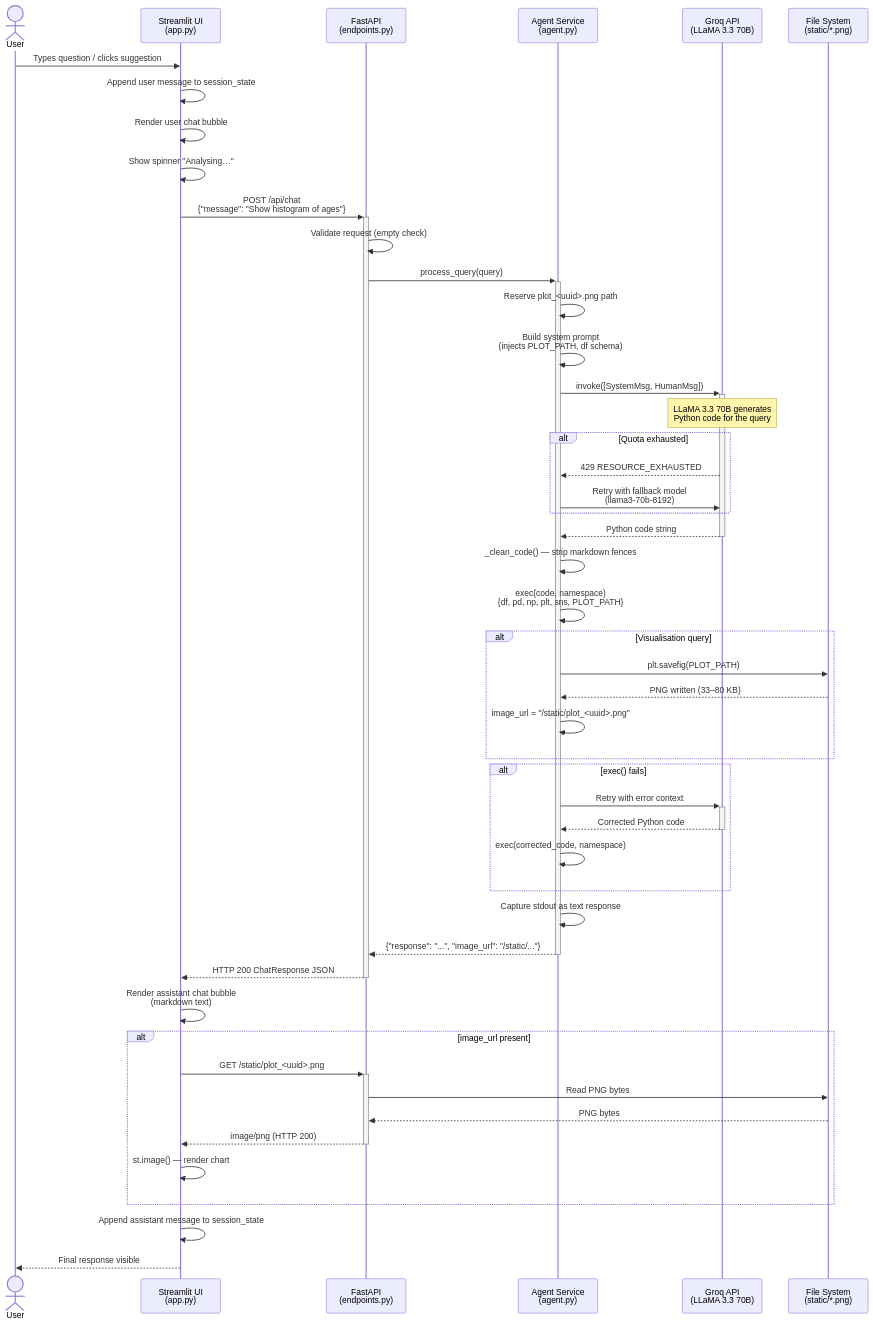
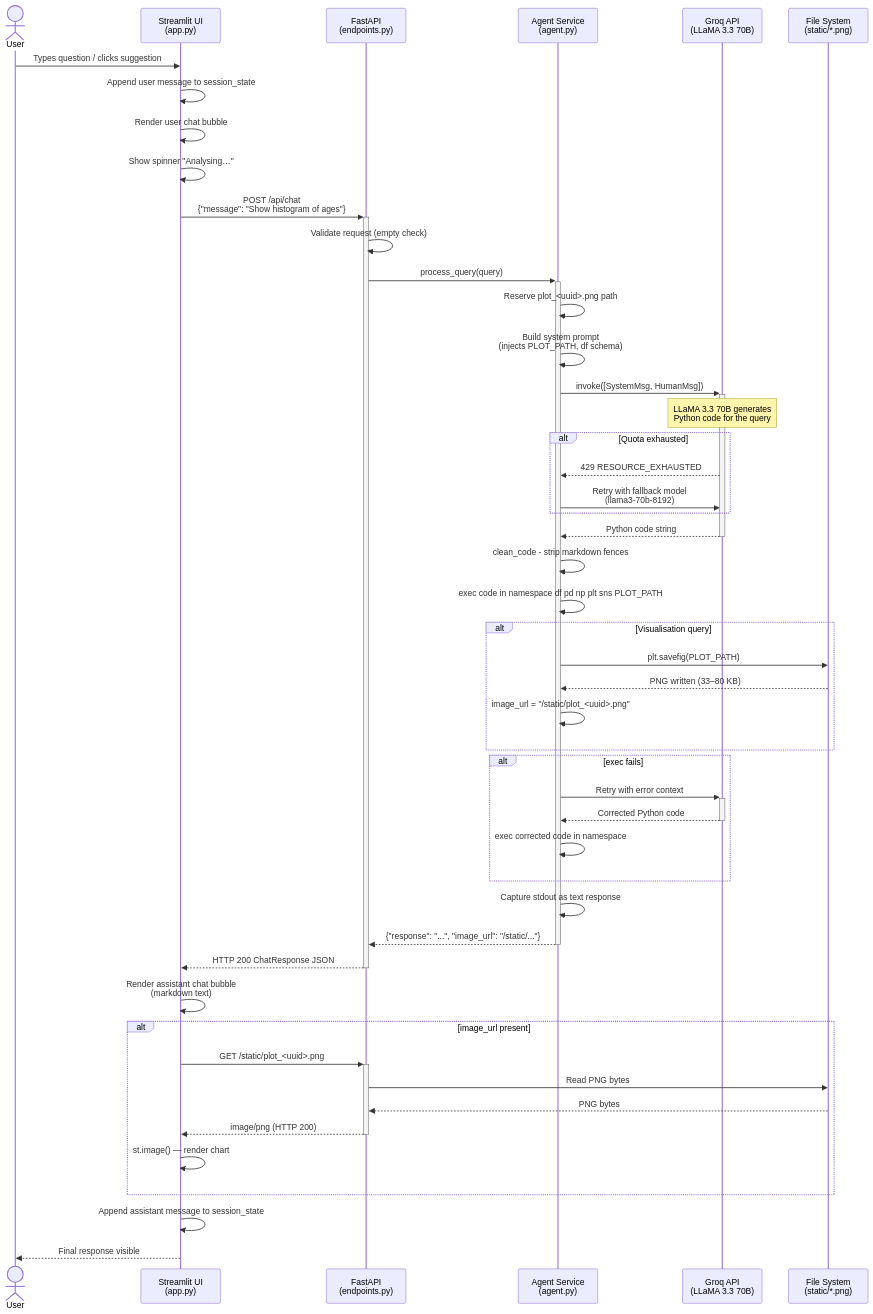
One commit to PAMIDIROHIT/Tailortalk changed the second of 5 diagrams in README.md. Above: the diagram before and after it, drawn with Mermaid. The commit also changed other lines of this file, not shown here.

Commit message:
fix: correct Mermaid parse errors in README diagrams

````diff
--- a/README.md
+++ b/README.md
@@ -110,63 +110,63 @@
 ```mermaid
 sequenceDiagram
     actor User
     participant ST as Streamlit UI<br/>(app.py)
     participant API as FastAPI<br/>(endpoints.py)
     participant AGENT as Agent Service<br/>(agent.py)
     participant GROQ as Groq API<br/>(LLaMA 3.3 70B)
     participant FS as File System<br/>(static/*.png)
 
     User->>ST: Types question / clicks suggestion
     ST->>ST: Append user message to session_state
     ST->>ST: Render user chat bubble
     ST->>ST: Show spinner "Analysing…"
 
     ST->>+API: POST /api/chat<br/>{"message": "Show histogram of ages"}
     API->>API: Validate request (empty check)
     API->>+AGENT: process_query(query)
 
     AGENT->>AGENT: Reserve plot_<uuid>.png path
     AGENT->>AGENT: Build system prompt<br/>(injects PLOT_PATH, df schema)
 
     AGENT->>+GROQ: invoke([SystemMsg, HumanMsg])
     Note over GROQ: LLaMA 3.3 70B generates<br/>Python code for the query
 
     alt Quota exhausted
         GROQ-->>AGENT: 429 RESOURCE_EXHAUSTED
         AGENT->>GROQ: Retry with fallback model<br/>(llama3-70b-8192)
     end
 
     GROQ-->>-AGENT: Python code string
 
-    AGENT->>AGENT: _clean_code() — strip markdown fences
-    AGENT->>AGENT: exec(code, namespace)<br/>{df, pd, np, plt, sns, PLOT_PATH}
+    AGENT->>AGENT: clean_code - strip markdown fences
+    AGENT->>AGENT: exec code in namespace df pd np plt sns PLOT_PATH
 
     alt Visualisation query
         AGENT->>FS: plt.savefig(PLOT_PATH)
         FS-->>AGENT: PNG written (33–80 KB)
         AGENT->>AGENT: image_url = "/static/plot_<uuid>.png"
     end
 
-    alt exec() fails
+    alt exec fails
         AGENT->>+GROQ: Retry with error context
         GROQ-->>-AGENT: Corrected Python code
-        AGENT->>AGENT: exec(corrected_code, namespace)
+        AGENT->>AGENT: exec corrected code in namespace
     end
 
     AGENT->>AGENT: Capture stdout as text response
     AGENT-->>-API: {"response": "...", "image_url": "/static/..."}
     API-->>-ST: HTTP 200 ChatResponse JSON
 
     ST->>ST: Render assistant chat bubble<br/>(markdown text)
 
     alt image_url present
         ST->>+API: GET /static/plot_<uuid>.png
         API->>FS: Read PNG bytes
         FS-->>API: PNG bytes
         API-->>-ST: image/png (HTTP 200)
         ST->>ST: st.image() — render chart
     end
 
     ST->>ST: Append assistant message to session_state
     ST-->>User: Final response visible
 ```
````
